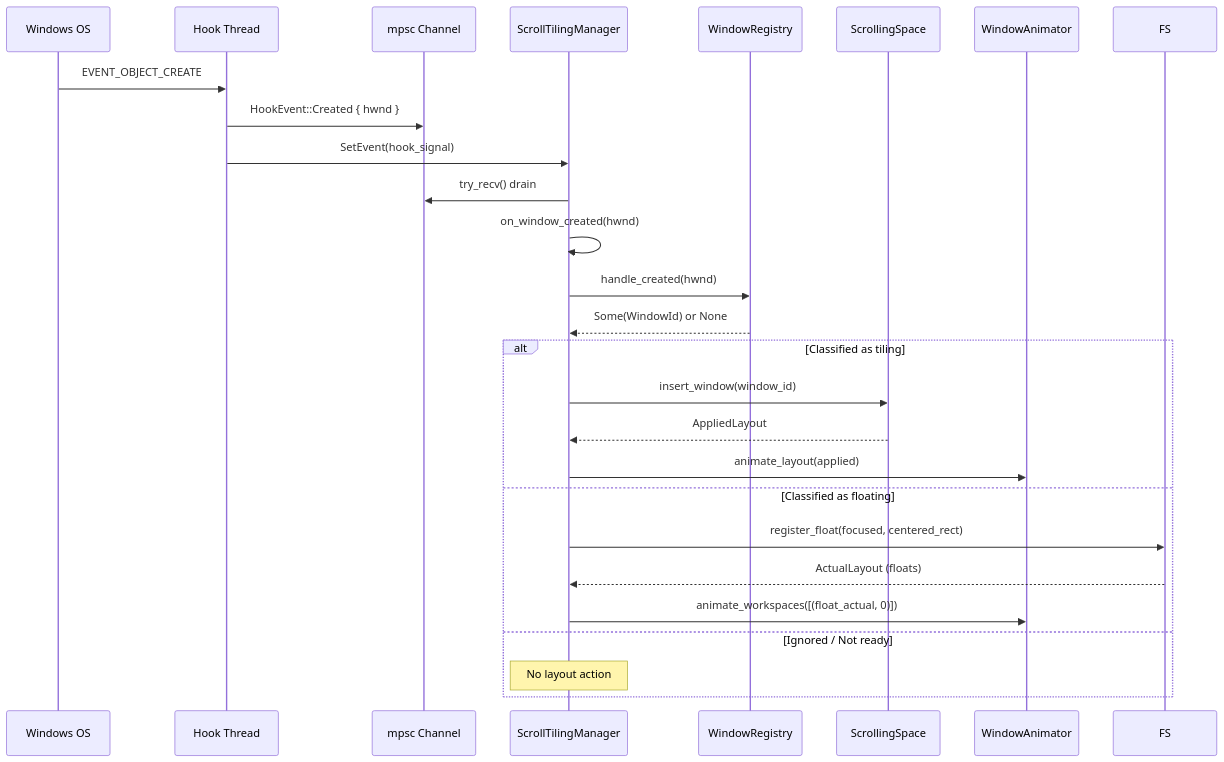
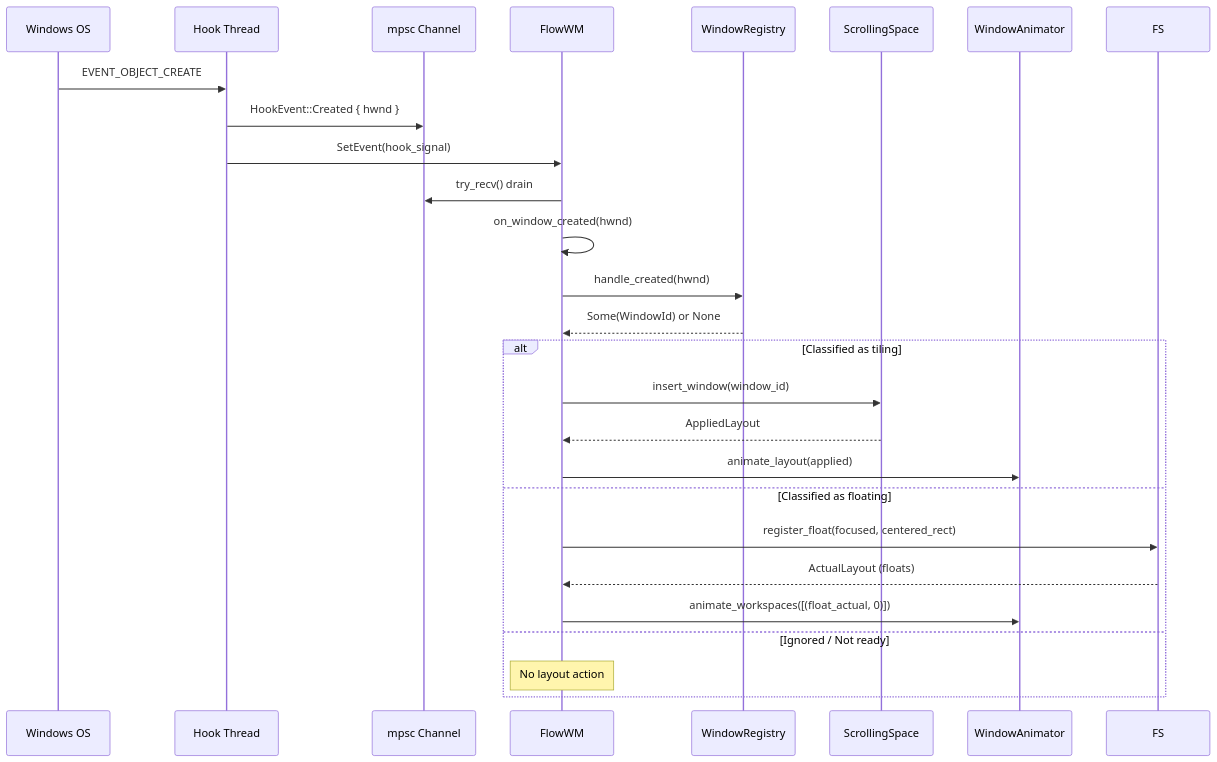
The first of 2 diagrams in docs/src/dev-guide/event-pipelines.md (CCpcalvin/flow-wm), drawn with Mermaid before and after one commit. The commit also changed other lines of this file and 108 other files, not shown here.

Commit message:
refactor: rename project from scrolling-tiling-manager to flow-wm

````diff
--- a/docs/src/dev-guide/event-pipelines.md
+++ b/docs/src/dev-guide/event-pipelines.md
@@ -15,29 +15,29 @@
 ```mermaid
 sequenceDiagram
     participant OS as Windows OS
     participant Hook as Hook Thread
     participant Chan as mpsc Channel
-    participant STM as ScrollTilingManager
+    participant flow as FlowWM
     participant Reg as WindowRegistry
     participant Layout as ScrollingSpace
     participant Anim as WindowAnimator
 
     OS->>Hook: EVENT_OBJECT_CREATE
     Hook->>Chan: HookEvent::Created { hwnd }
-    Hook->>STM: SetEvent(hook_signal)
-    STM->>Chan: try_recv() drain
-    STM->>STM: on_window_created(hwnd)
-    STM->>Reg: handle_created(hwnd)
-    Reg-->>STM: Some(WindowId) or None
+    Hook->>flow: SetEvent(hook_signal)
+    flow->>Chan: try_recv() drain
+    flow->>flow: on_window_created(hwnd)
+    flow->>Reg: handle_created(hwnd)
+    Reg-->>flow: Some(WindowId) or None
     alt Classified as tiling
-        STM->>Layout: insert_window(window_id)
-        Layout-->>STM: AppliedLayout
-        STM->>Anim: animate_layout(applied)
+        flow->>Layout: insert_window(window_id)
+        Layout-->>flow: AppliedLayout
+        flow->>Anim: animate_layout(applied)
     else Classified as floating
-        STM->>FS: register_float(focused, centered_rect)
-        FS-->>STM: ActualLayout (floats)
-        STM->>Anim: animate_workspaces([(float_actual, 0)])
+        flow->>FS: register_float(focused, centered_rect)
+        FS-->>flow: ActualLayout (floats)
+        flow->>Anim: animate_workspaces([(float_actual, 0)])
     else Ignored / Not ready
-        Note over STM: No layout action
+        Note over flow: No layout action
     end
 ```
````
